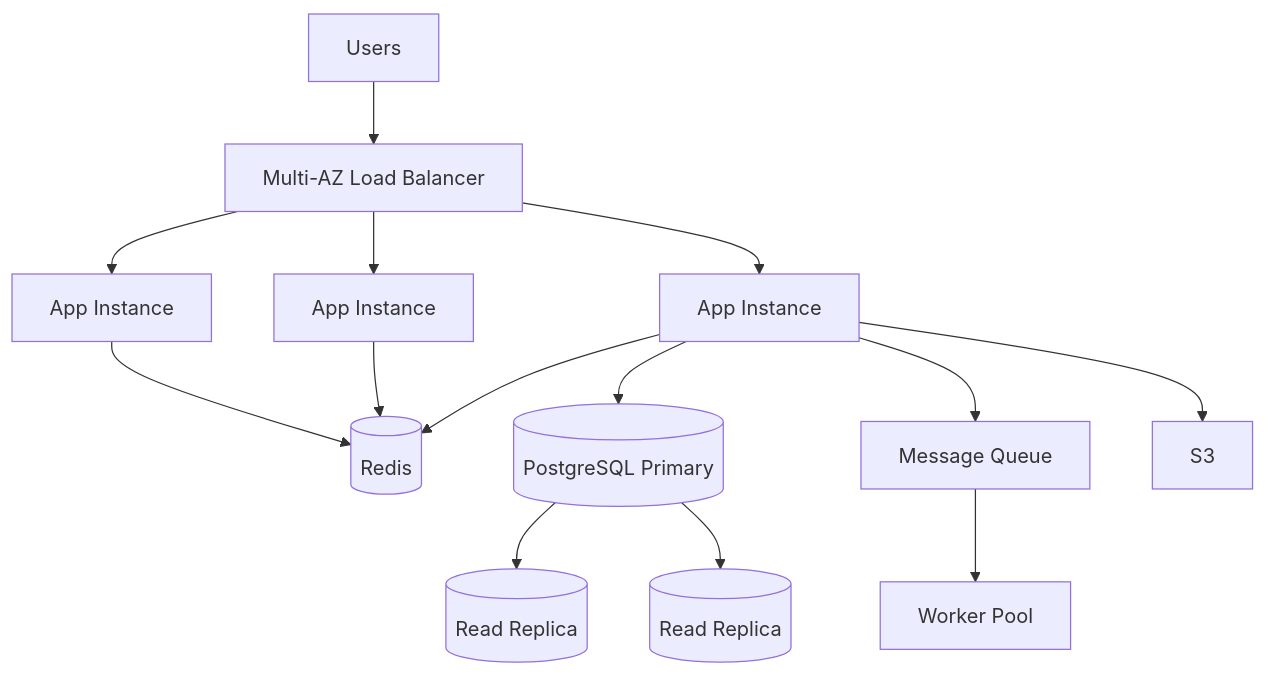
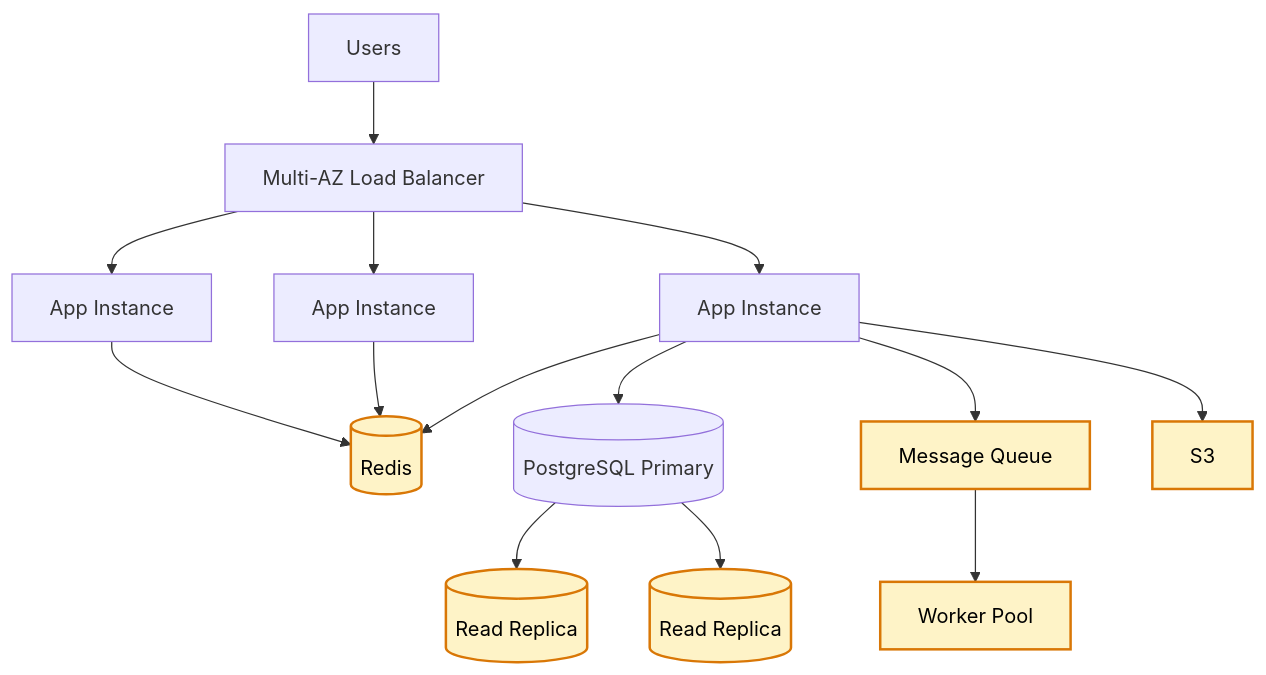
Before and after one commit to lekhrajdinkar/solution-engineer: the fourth of 5 diagrams in docs/2022-2025/SE_02_system-design/SD_02_Non-functional-req/02_NFR_03_Scaling.md, drawn with Mermaid. The commit also changed other lines of this file and 3 other files, not shown here.

````diff
--- a/docs/2022-2025/SE_02_system-design/SD_02_Non-functional-req/02_NFR_03_Scaling.md
+++ b/docs/2022-2025/SE_02_system-design/SD_02_Non-functional-req/02_NFR_03_Scaling.md
@@ -92,21 +96,24 @@
 ```mermaid
 flowchart TD
     U[Users] --> LB[Multi-AZ Load Balancer]
 
     LB --> A1[App Instance]
     LB --> A2[App Instance]
     LB --> A3[App Instance]
 
     A1 --> CACHE[(Redis)]
     A2 --> CACHE
     A3 --> CACHE
 
     A1 --> PRIMARY[(PostgreSQL Primary)]
     PRIMARY --> RR1[(Read Replica)]
     PRIMARY --> RR2[(Read Replica)]
 
     A1 --> Q[Message Queue]
     Q --> W[Worker Pool]
 
     A1 --> S3[S3]
+    
+    classDef stage fill:#FEF3C7,stroke:#D97706,stroke-width:2px,color:#000
+    class CACHE,RR1,RR2,Q,W,S3 stage;
 ```
````
